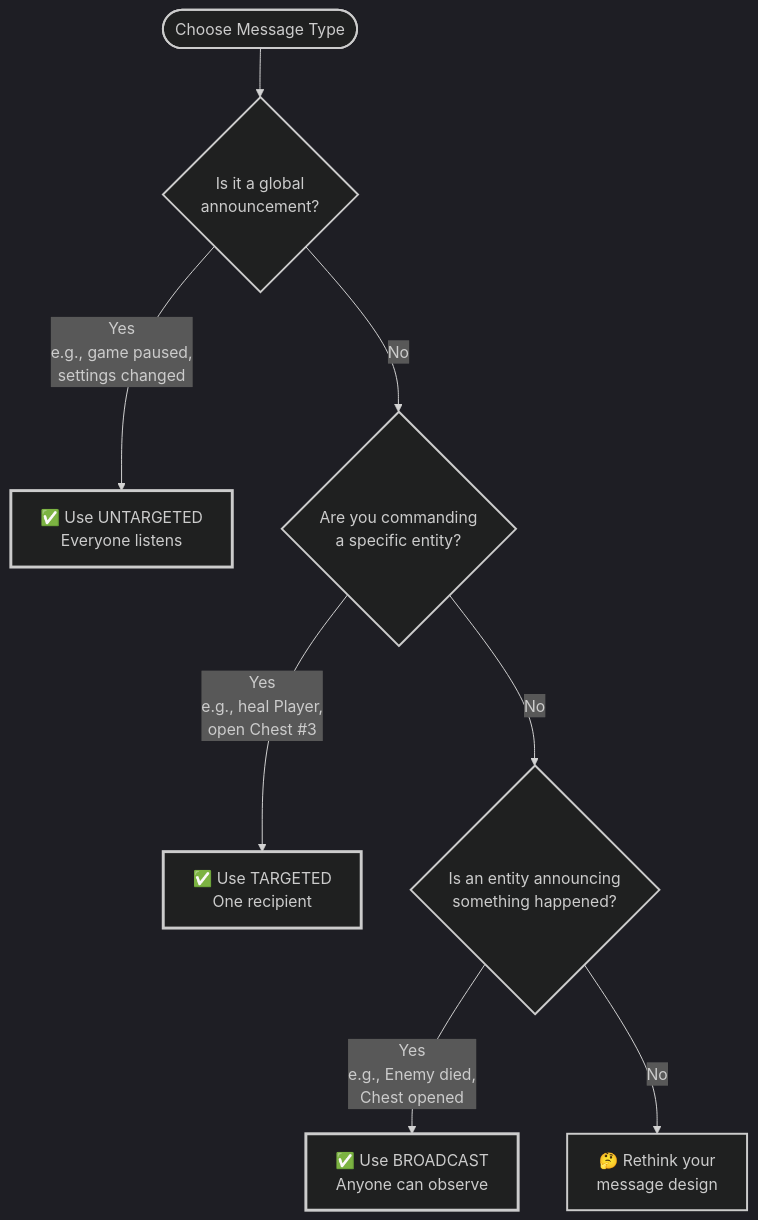
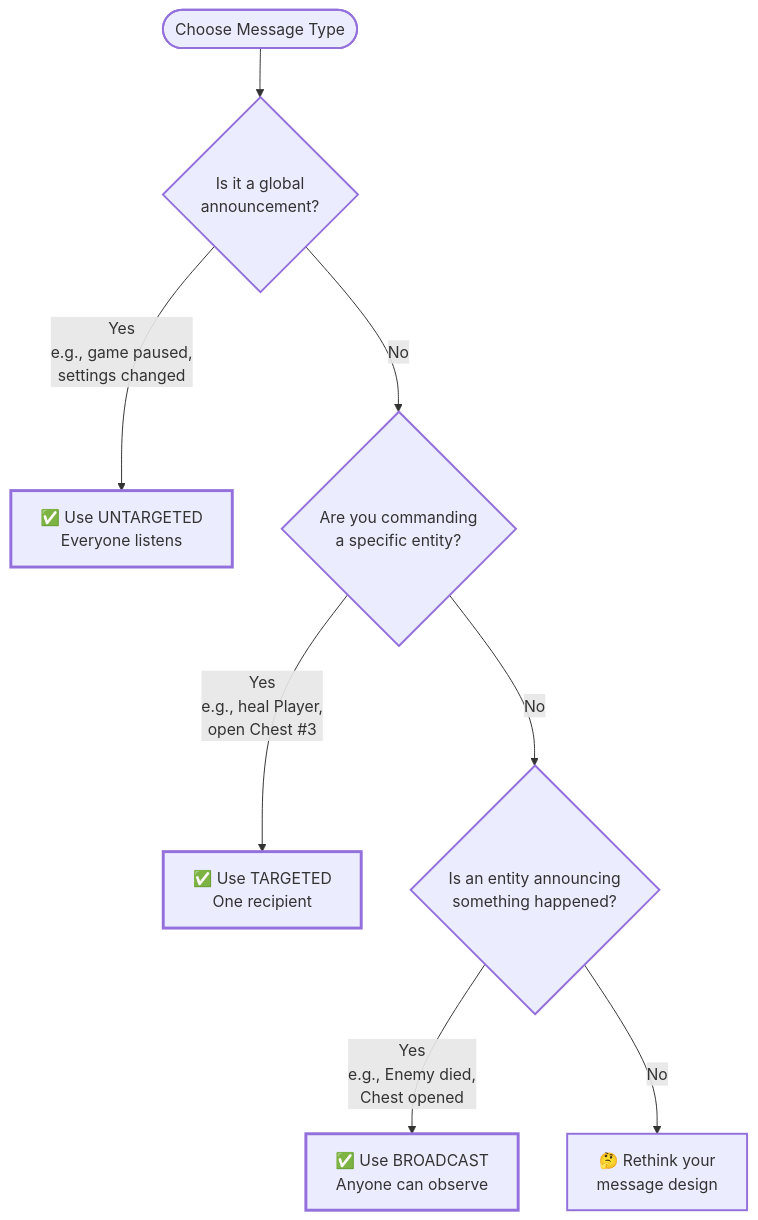
Before and after one commit to wallstop/DxMessaging: the diagram in docs/concepts/message-types.md, drawn with Mermaid. The commit also changed 9 other files, not shown here.

````diff
--- a/docs/concepts/message-types.md
+++ b/docs/concepts/message-types.md
@@ -17,30 +17,29 @@
 ```mermaid
-%%{init: {'theme': 'dark'}}%%
 flowchart TD
     Start([Choose Message Type])
 
     Start --> Q1{Is it a global<br/>announcement?}
 
     Q1 -->|Yes<br/>e.g., game paused,<br/>settings changed| Untargeted[✅ Use UNTARGETED<br/>Everyone listens]
 
     Q1 -->|No| Q2{Are you commanding<br/>a specific entity?}
 
     Q2 -->|Yes<br/>e.g., heal Player,<br/>open Chest #3| Targeted[✅ Use TARGETED<br/>One recipient]
 
     Q2 -->|No| Q3{Is an entity announcing<br/>something happened?}
 
     Q3 -->|Yes<br/>e.g., Enemy died,<br/>Chest opened| Broadcast[✅ Use BROADCAST<br/>Anyone can observe]
 
     Q3 -->|No| Rethink[🤔 Rethink your<br/>message design]
 
     classDef primary stroke-width:3px
     class Untargeted primary
     classDef warning stroke-width:3px
     class Targeted warning
     classDef success stroke-width:3px
     class Broadcast success
     classDef danger stroke-width:2px
     class Rethink danger
     classDef neutral stroke-width:2px
     class Start,Q1,Q2,Q3 neutral
 ```
````
